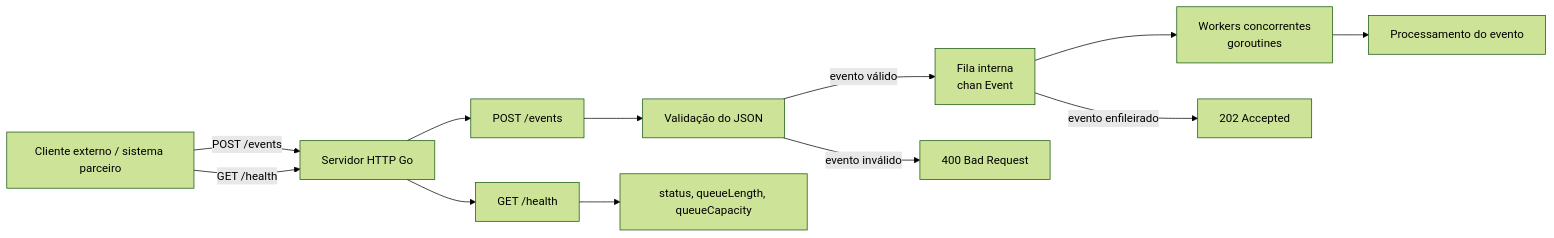
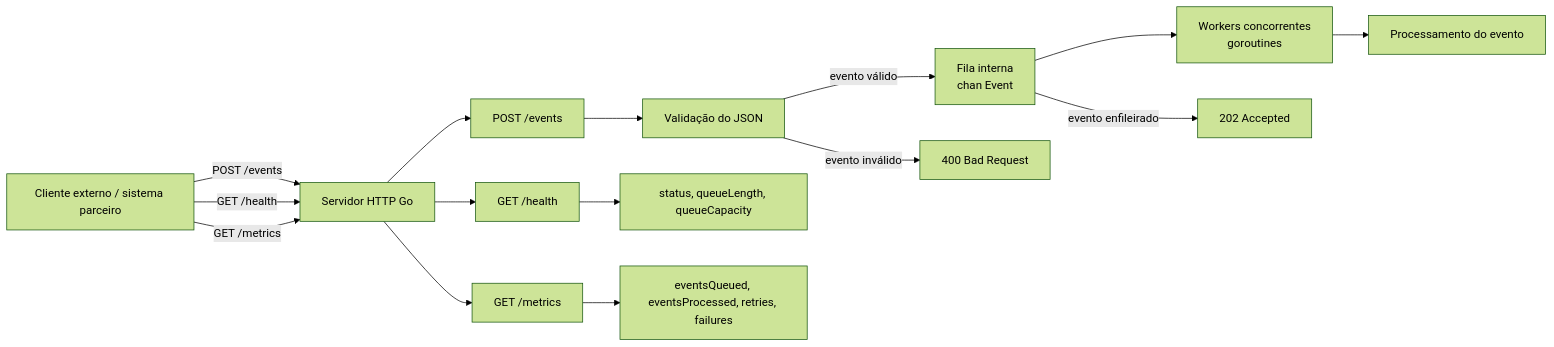
The first of 3 diagrams in docs/architecture.md (rafamguedes/go-webhook-processor), drawn with Mermaid (forest theme) before and after one commit. The commit also changed other lines of this file and 10 other files, not shown here.

````diff
--- a/docs/architecture.md
+++ b/docs/architecture.md
@@ -7,24 +7,29 @@
 ```mermaid
 flowchart LR
     client[Cliente externo / sistema parceiro]
     api[Servidor HTTP Go]
     handler[POST /events]
     validation[Validação do JSON]
     queue[Fila interna<br/>chan Event]
     workers[Workers concorrentes<br/>goroutines]
     processor[Processamento do evento]
     health[GET /health]
+    metrics[GET /metrics]
 
     client -->|POST /events| api
     api --> handler
     handler --> validation
     validation -->|evento inválido| badRequest[400 Bad Request]
     validation -->|evento válido| queue
     queue -->|evento enfileirado| accepted[202 Accepted]
     queue --> workers
     workers --> processor
 
     client -->|GET /health| api
     api --> health
     health --> healthResponse[status, queueLength, queueCapacity]
+
+    client -->|GET /metrics| api
+    api --> metrics
+    metrics --> metricsResponse[eventsQueued, eventsProcessed, retries, failures]
 ```
````
